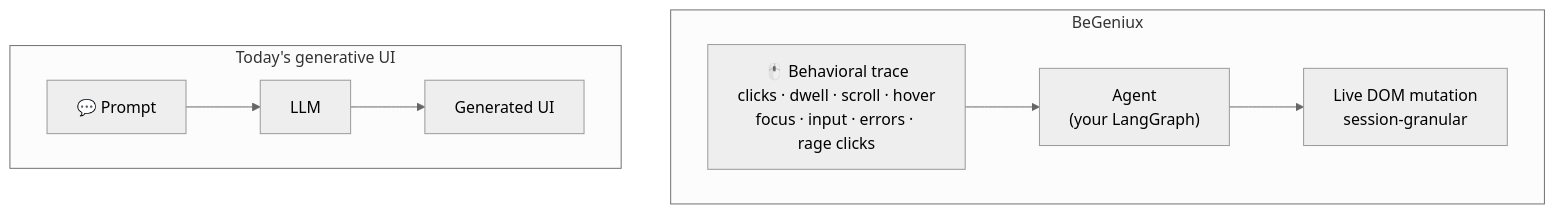
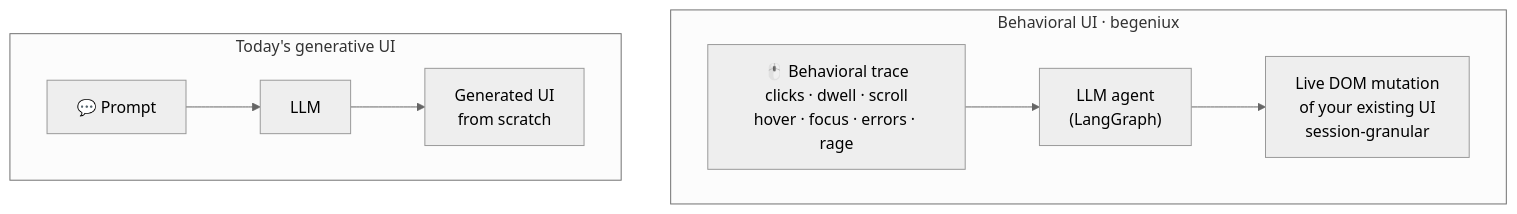
Before and after one commit to WagnerAgent/BeGeniux: the first of 3 diagrams in README.md, drawn with Mermaid (neutral theme). The commit also changed other lines of this file, not shown here.

First line of the commit message:
docs(readme): add "Why behavioral UI?" section explaining the concept

````diff
--- a/README.md
+++ b/README.md
@@ -57,12 +103,12 @@
 ```mermaid
 flowchart LR
   subgraph Trad["Today's generative UI"]
     direction LR
-    P["💬 Prompt"] --> M1["LLM"] --> U1["Generated UI"]
+    P["💬 Prompt"] --> M1["LLM"] --> U1["Generated UI<br/>from scratch"]
   end
-  subgraph Be["BeGeniux"]
+  subgraph Be["Behavioral UI · begeniux"]
     direction LR
-    B["🖱️ Behavioral trace<br/>clicks · dwell · scroll · hover<br/>focus · input · errors · rage clicks"] --> M2["Agent<br/>(your LangGraph)"] --> U2["Live DOM mutation<br/>session-granular"]
+    B["🖱️ Behavioral trace<br/>clicks · dwell · scroll<br/>hover · focus · errors · rage"] --> M2["LLM agent<br/>(LangGraph)"] --> U2["Live DOM mutation<br/>of your existing UI<br/>session-granular"]
   end
   Trad ~~~ Be
 ```
````
